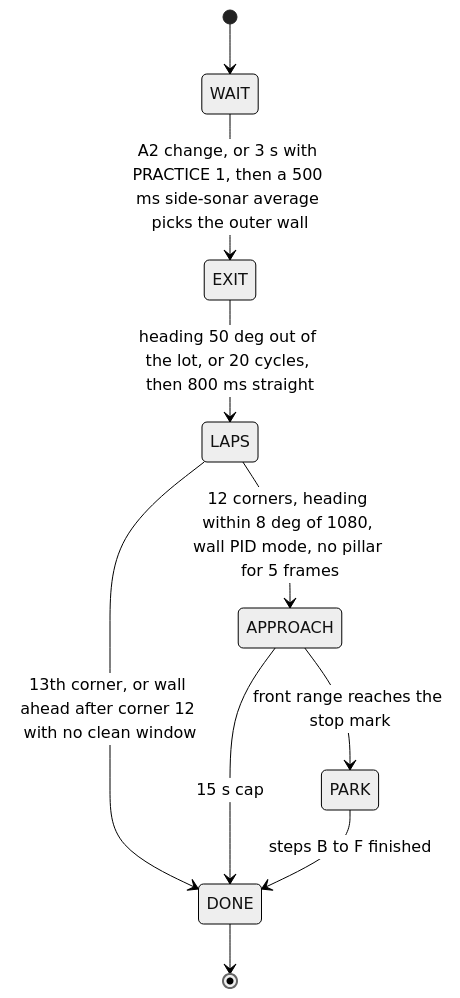
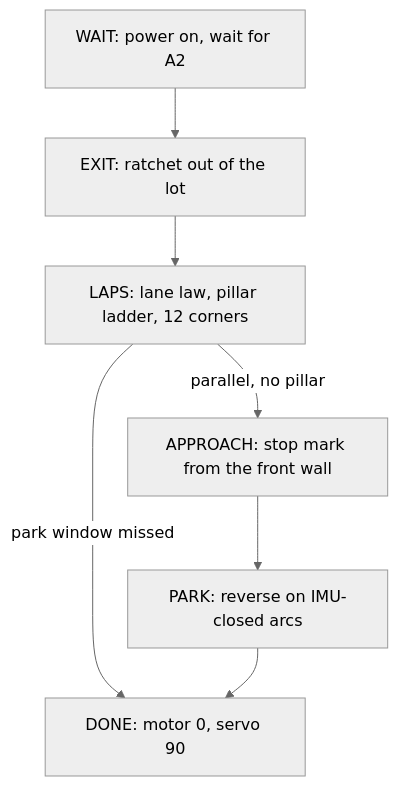
Before and after one commit to BllueWave/WRO-Future-Engineers-2026: the diagram in README.md, drawn with Mermaid (neutral theme). The commit also changed other lines of this file and 8 other files, not shown here.

````diff
--- a/README.md
+++ b/README.md
@@ -298,12 +59,9 @@
 ```mermaid
-stateDiagram-v2
-    [*] --> WAIT
-    WAIT --> EXIT : A2 change, or 3 s with PRACTICE 1, then a 500 ms side-sonar average picks the outer wall
-    EXIT --> LAPS : heading 50 deg out of the lot, or 20 cycles, then 800 ms straight
-    LAPS --> APPROACH : 12 corners, heading within 8 deg of 1080, wall PID mode, no pillar for 5 frames
-    LAPS --> DONE : 13th corner, or wall ahead after corner 12 with no clean window
-    APPROACH --> PARK : front range reaches the stop mark
-    APPROACH --> DONE : 15 s cap
-    PARK --> DONE : steps B to F finished
-    DONE --> [*]
+flowchart TD
+    W["WAIT: power on, wait for A2"] --> E["EXIT: ratchet out of the lot"]
+    E --> L["LAPS: lane law, pillar ladder, 12 corners"]
+    L -->|"parallel, no pillar"| A["APPROACH: stop mark from the front wall"]
+    L -->|"park window missed"| D["DONE: motor 0, servo 90"]
+    A --> P["PARK: reverse on IMU-closed arcs"]
+    P --> D
 ```
````
